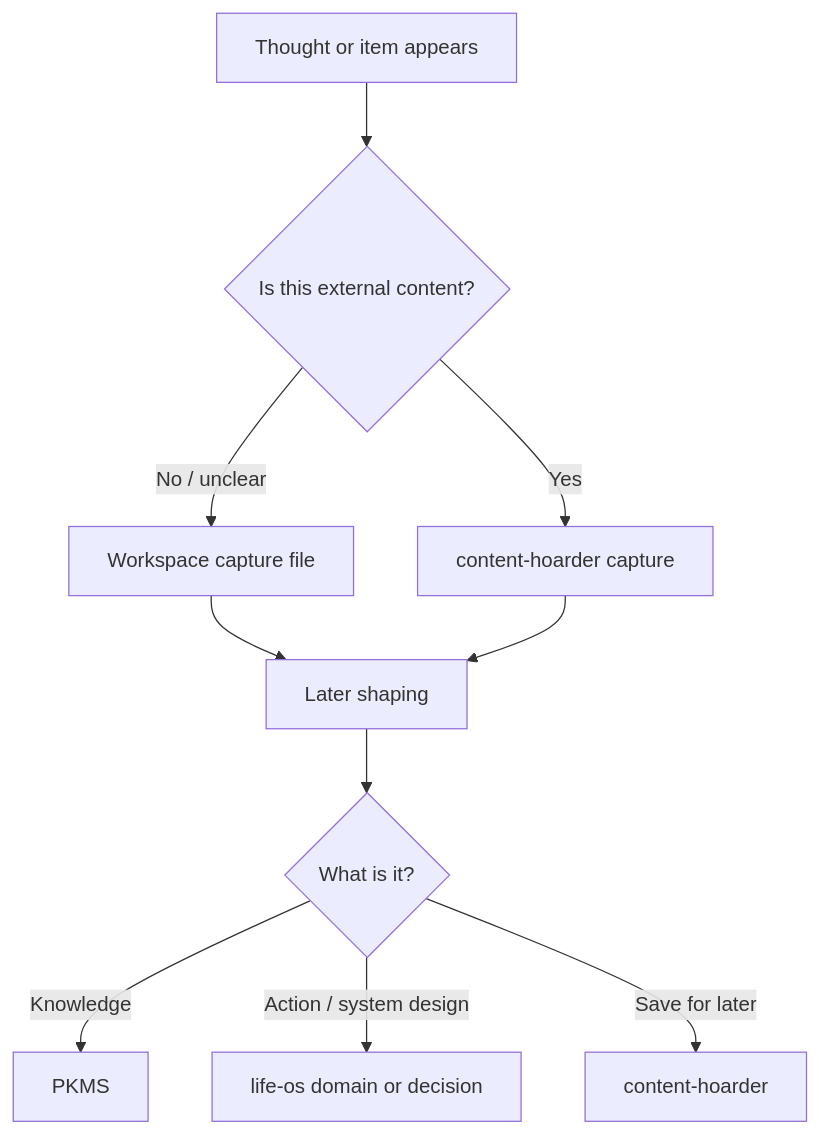
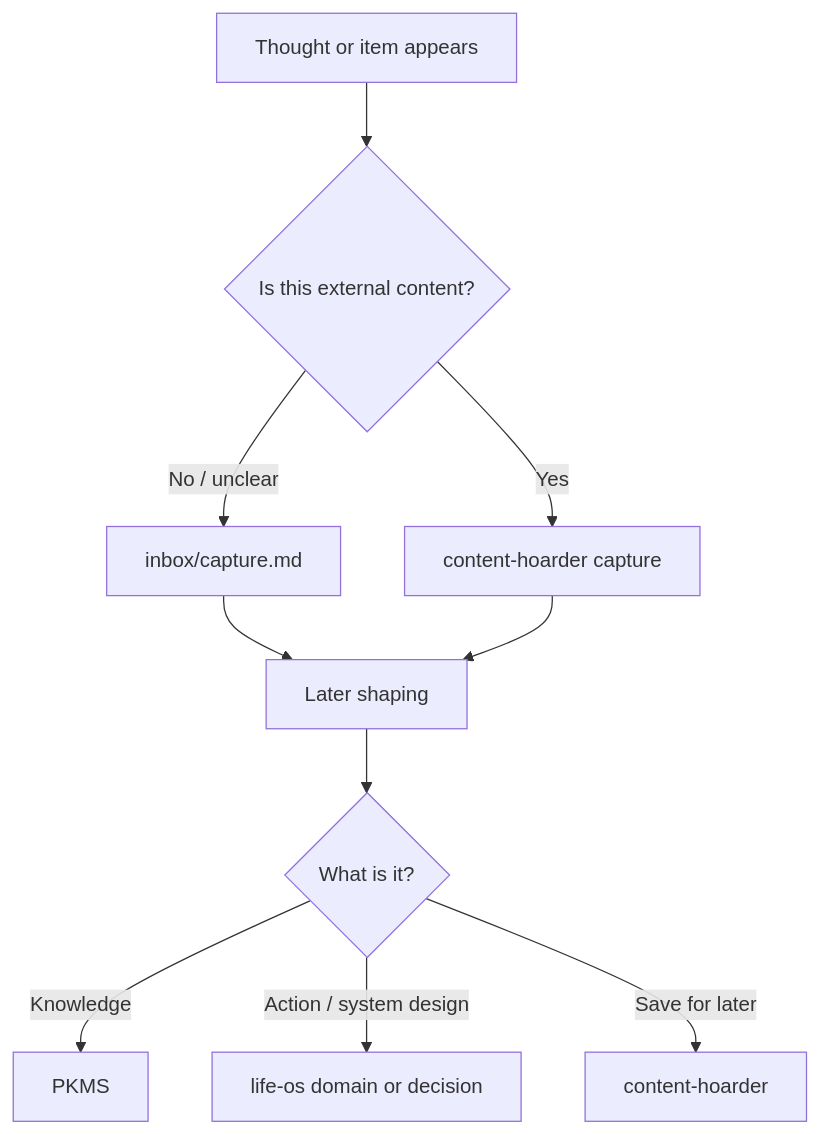
Before and after one commit to asmartin-ai/life-os-public: the second of 5 diagrams in docs/architecture.md, drawn with Mermaid. The commit also changed other lines of this file and 38 other files, not shown here.

Commit message:
docs: generic public architecture, explicit allowlist, hardened CI

````diff
--- a/docs/architecture.md
+++ b/docs/architecture.md
@@ -112,12 +52,12 @@
 ```mermaid
 flowchart TD
     A[Thought or item appears] --> B{Is this external content?}
     B -->|Yes| C[content-hoarder capture]
-    B -->|No / unclear| D[Workspace capture file]
+    B -->|No / unclear| D[inbox/capture.md]
     D --> E[Later shaping]
     C --> E
     E --> F{What is it?}
     F -->|Knowledge| G[PKMS]
     F -->|Action / system design| H[life-os domain or decision]
     F -->|Save for later| I[content-hoarder]
 ```
````
